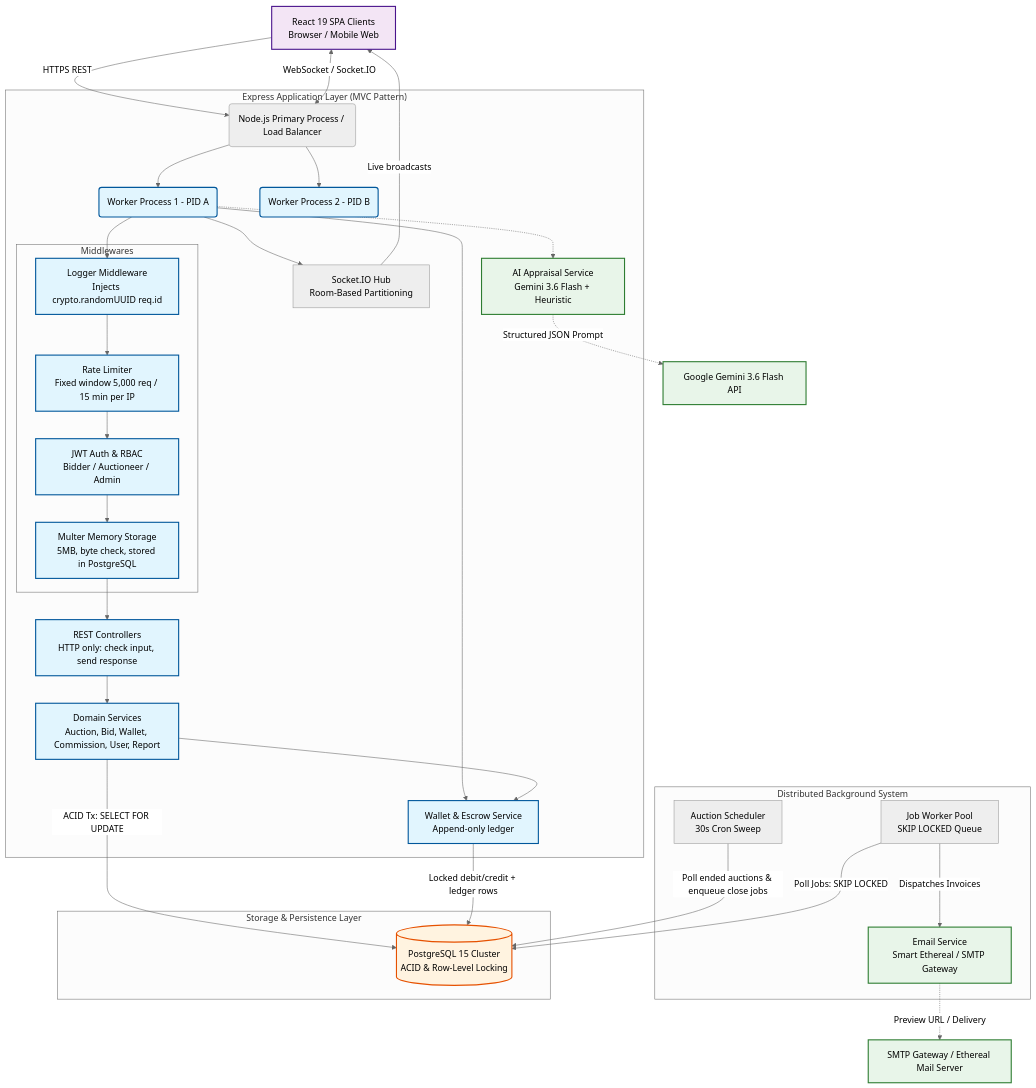
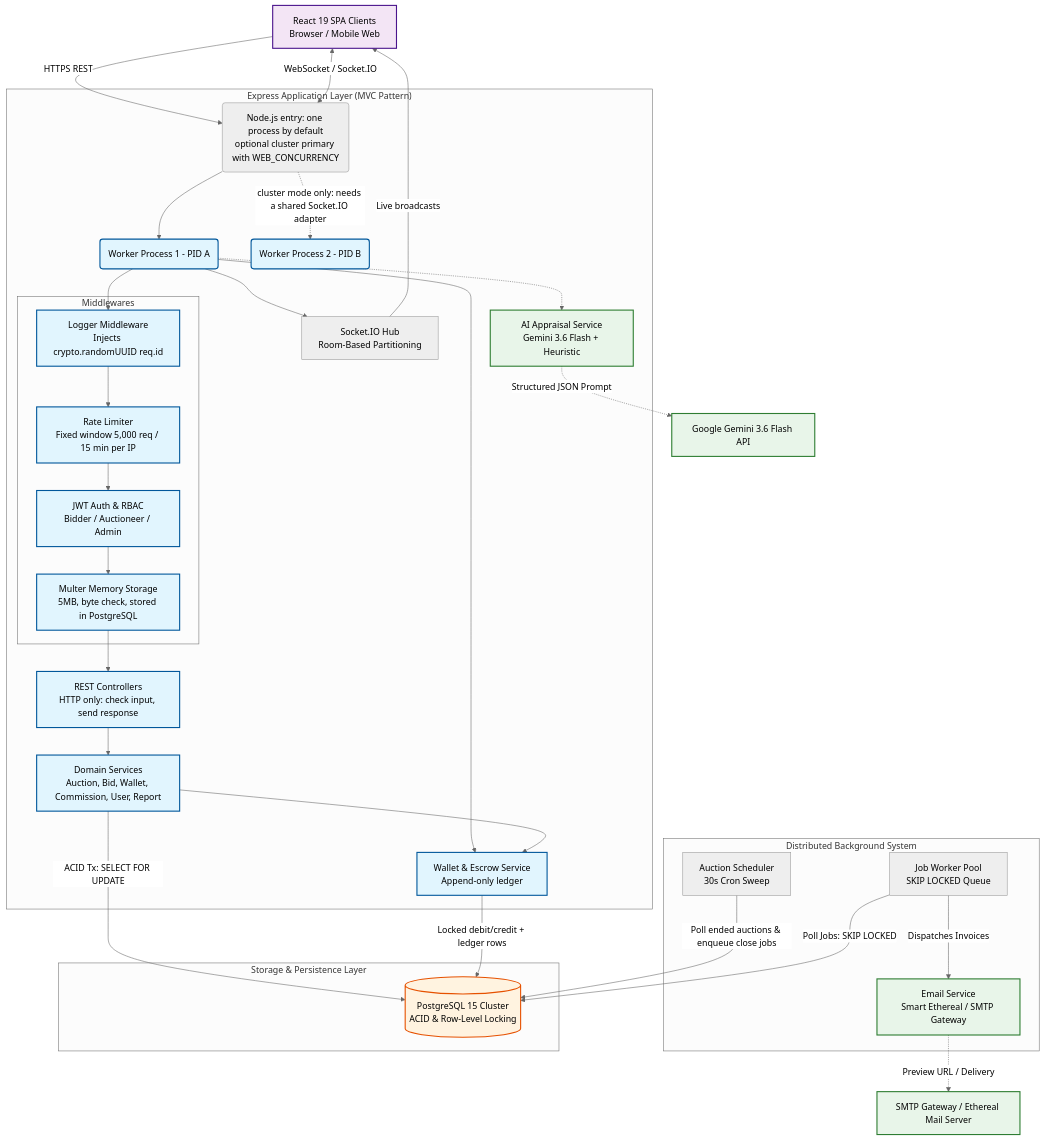
The first of 6 diagrams in bidding_system_hld.md (23abhishek2024/auctionloom), drawn with Mermaid (neutral theme) before and after one commit. The commit also changed other lines of this file and 2 other files, not shown here.

Commit message:
fix(server): run one process by default (Socket.IO rooms are per process)
- npm start forked 2 cluster workers outside production. Socket.IO rooms live in each process's
  memory, so a bid handled by one worker was broadcast only to browsers connected to that worker,
  and the polling fallback needs sticky sessions. The default is now 1 process everywhere;
  WEB_CONCURRENCY still forks workers for anyone who adds a shared adapter (Redis).
- README and HLD say so instead of "zero-downtime multi-core cluster supervision".

Claude-Session: https://claude.ai/code/session_01X7BwfdJYoFWwPYAuaSnMZm

````diff
--- a/bidding_system_hld.md
+++ b/bidding_system_hld.md
@@ -45,67 +45,67 @@
 ```mermaid
 graph TD
     %% Clients
-    Clients[React 19 SPA Clients\nBrowser / Mobile Web] -->|HTTPS REST| LB(Node.js Primary Process / Load Balancer)
+    Clients[React 19 SPA Clients\nBrowser / Mobile Web] -->|HTTPS REST| LB(Node.js entry: one process by default\noptional cluster primary with WEB_CONCURRENCY)
     Clients <-->|WebSocket / Socket.IO| LB
 
     %% Node.js Application Layer (Clusterized)
     subgraph AppLayer["Express Application Layer (MVC Pattern)"]
         LB --> Worker1(Worker Process 1 - PID A)
-        LB --> Worker2(Worker Process 2 - PID B)
+        LB -.->|cluster mode only: needs a shared Socket.IO adapter| Worker2(Worker Process 2 - PID B)
         
         subgraph Middlewares
             Logger[Logger Middleware\nInjects crypto.randomUUID req.id]
             RateLimiter[Rate Limiter\nFixed window 5,000 req / 15 min per IP]
             Auth[JWT Auth & RBAC\nBidder / Auctioneer / Admin]
             Multer[Multer Memory Storage\n5MB, byte check, stored in PostgreSQL]
         end
         
         Worker1 --> Logger
         Logger --> RateLimiter
         RateLimiter --> Auth
         Auth --> Multer
         
         Multer --> Controllers[REST Controllers\nHTTP only: check input, send response]
         Controllers --> Services[Domain Services\nAuction, Bid, Wallet, Commission, User, Report]
         Worker1 --> Socket[Socket.IO Hub\nRoom-Based Partitioning]
         Worker1 --> WalletService[Wallet & Escrow Service\nAppend-only ledger]
         Worker1 -.-> AIService[AI Appraisal Service\nGemini 3.6 Flash + Heuristic]
     end
 
     %% Distributed Background Workers & Schedulers
     subgraph Background["Distributed Background System"]
         Scheduler[Auction Scheduler\n30s Cron Sweep]
         JobWorkers[Job Worker Pool\nSKIP LOCKED Queue]
         EmailService[Email Service\nSmart Ethereal / SMTP Gateway]
     end
 
     %% Data Layer
     subgraph Storage["Storage & Persistence Layer"]
         DB[(PostgreSQL 15 Cluster\nACID & Row-Level Locking)]
     end
 
     %% External APIs
     Gemini[Google Gemini 3.6 Flash API]
     SMTP[SMTP Gateway / Ethereal Mail Server]
 
     %% Connections
     Services -->|ACID Tx: SELECT FOR UPDATE| DB
     Services --> WalletService
     WalletService -->|Locked debit/credit + ledger rows| DB
     Socket -->|Live broadcasts| Clients
     AIService -.->|Structured JSON Prompt| Gemini
     Scheduler -->|Poll ended auctions & enqueue close jobs| DB
     JobWorkers -->|Poll Jobs: SKIP LOCKED| DB
     JobWorkers -->|Dispatches Invoices| EmailService
     EmailService -.->|Preview URL / Delivery| SMTP
     
     classDef primary fill:#e1f5fe,stroke:#01579b,stroke-width:2px;
     classDef secondary fill:#f3e5f5,stroke:#4a148c,stroke-width:2px;
     classDef database fill:#fff3e0,stroke:#e65100,stroke-width:2px;
     classDef ai fill:#e8f5e9,stroke:#2e7d32,stroke-width:2px;
     
     class Worker1,Worker2,Controllers,Services,Logger,RateLimiter,Auth,Multer,WalletService primary;
     class DB database;
     class Clients secondary;
     class AIService,Gemini,EmailService,SMTP ai;
 ```
````
